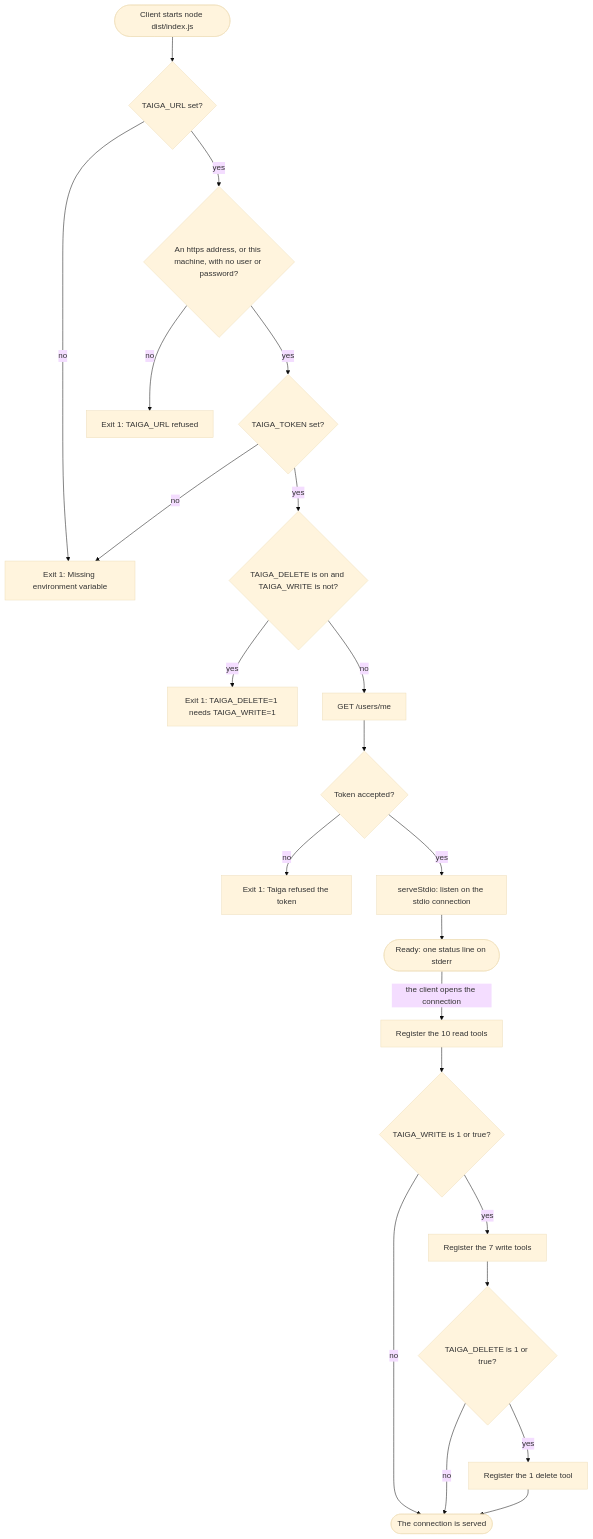
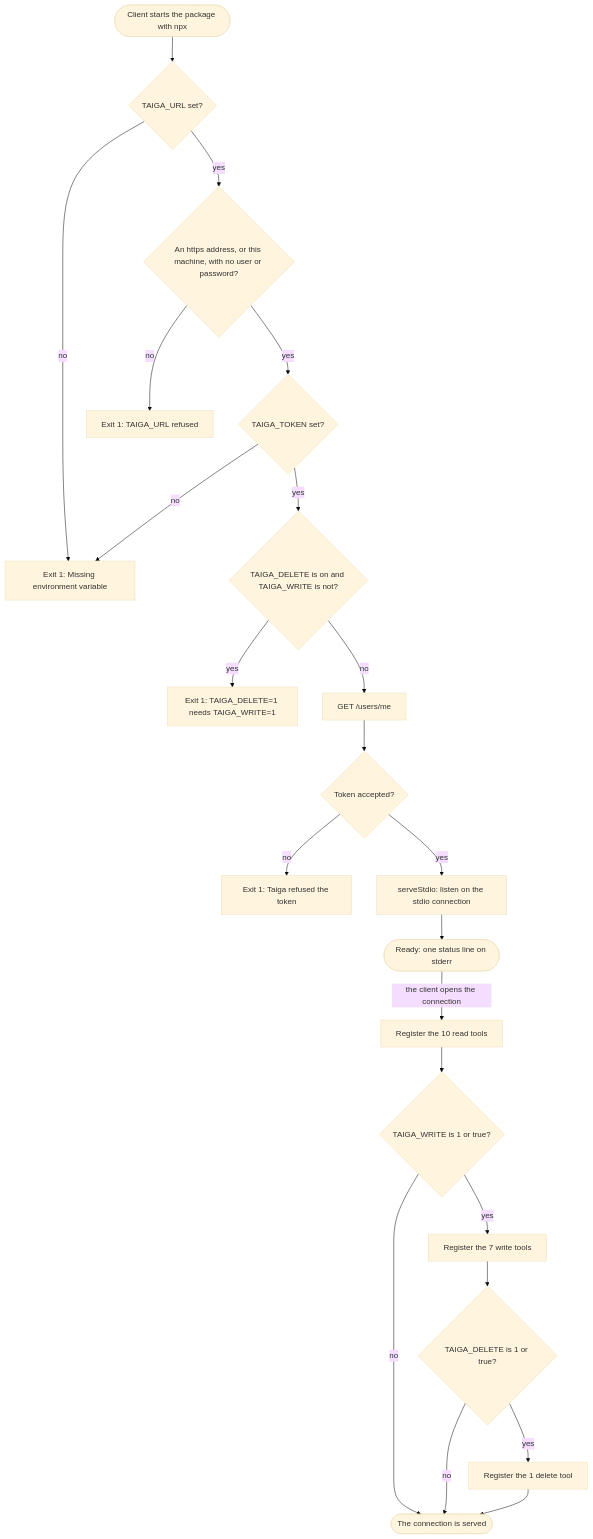
Before and after one commit to CamposCodes/taiga-r2da-mcp: the second of 6 diagrams in docs/architecture.md, drawn with Mermaid (base theme). The commit also changed other lines of this file and 5 other files, not shown here.

````diff
--- a/docs/architecture.md
+++ b/docs/architecture.md
@@ -61,43 +61,43 @@
 ```mermaid
 flowchart TD
-    start(["Client starts node dist/index.js"])
+    start(["Client starts the package with npx"])
     url{"TAIGA_URL set?"}
     address{"An https address, or this machine, with no user or password?"}
     token{"TAIGA_TOKEN set?"}
     pair{"TAIGA_DELETE is on and TAIGA_WRITE is not?"}
     missing["Exit 1: Missing environment variable"]
     unsafe["Exit 1: TAIGA_URL refused"]
     alone["Exit 1: TAIGA_DELETE=1 needs TAIGA_WRITE=1"]
     me["GET /users/me"]
     valid{"Token accepted?"}
     refused["Exit 1: Taiga refused the token"]
     listen["serveStdio: listen on the stdio connection"]
     ready(["Ready: one status line on stderr"])
     read["Register the 10 read tools"]
     gate{"TAIGA_WRITE is 1 or true?"}
     write["Register the 7 write tools"]
     dgate{"TAIGA_DELETE is 1 or true?"}
     del["Register the 1 delete tool"]
     serving(["The connection is served"])
     start --> url
     url -->|"no"| missing
     url -->|"yes"| address
     address -->|"no"| unsafe
     address -->|"yes"| token
     token -->|"no"| missing
     token -->|"yes"| pair
     pair -->|"yes"| alone
     pair -->|"no"| me
     me --> valid
     valid -->|"no"| refused
     valid -->|"yes"| listen
     listen --> ready
     ready -->|"the client opens the connection"| read
     read --> gate
     gate -->|"no"| serving
     gate -->|"yes"| write
     write --> dgate
     dgate -->|"no"| serving
     dgate -->|"yes"| del
     del --> serving
 ```
````
